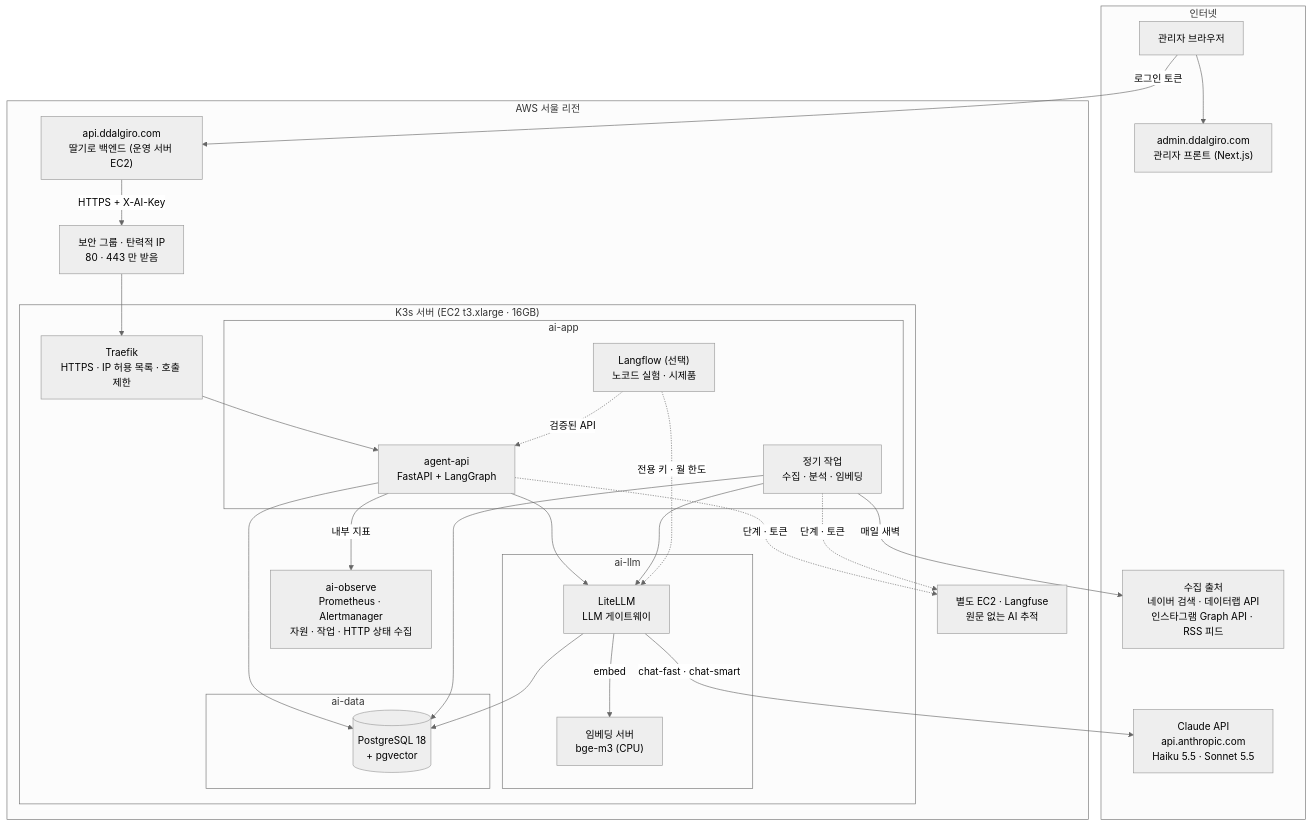
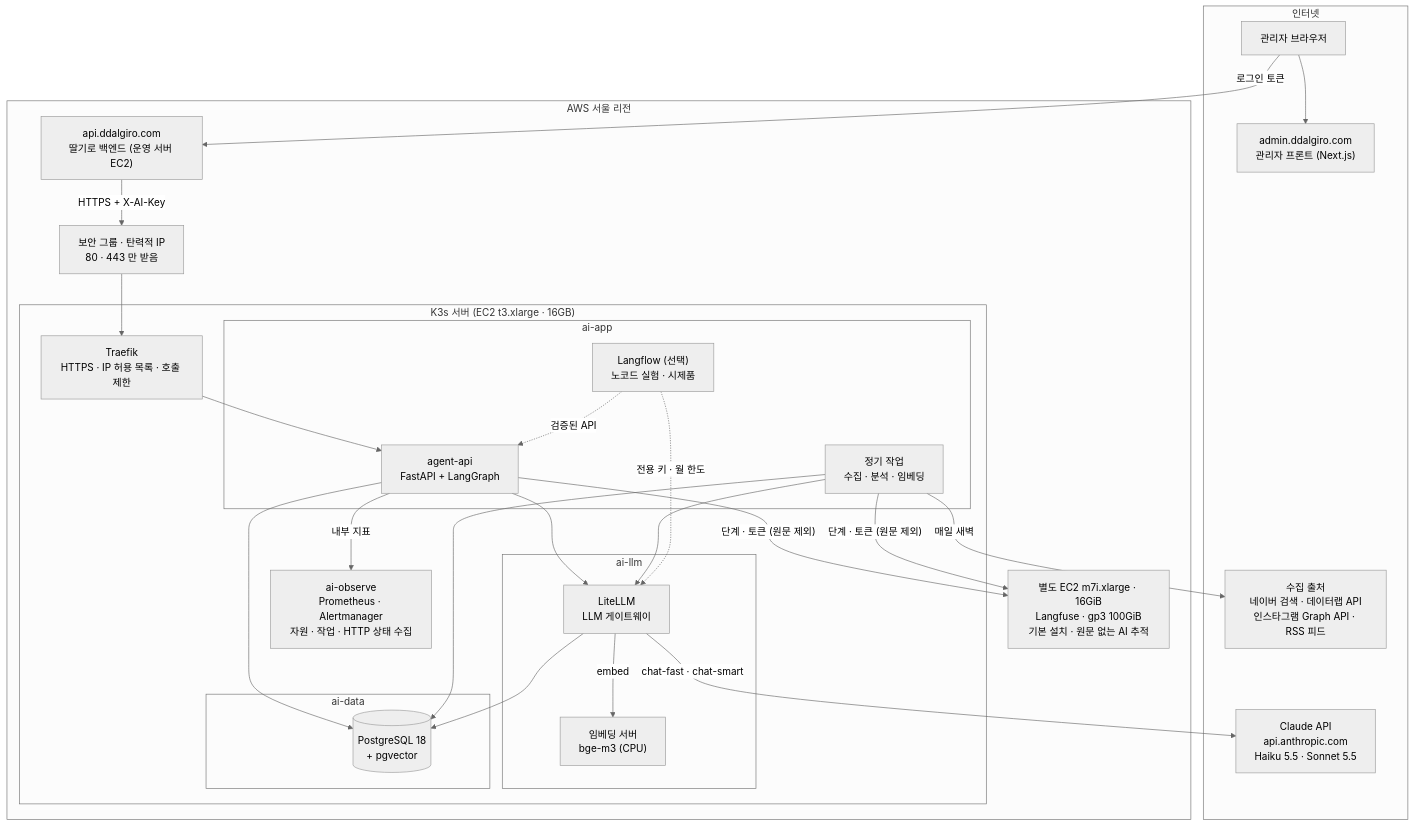
Before and after one commit to hsw4606/ddalgiro-ai-agent: the diagram in docs/00-개요/01-전체-구성-한눈에-보기.md, drawn with Mermaid (neutral theme). The commit also changed other lines of this file and 8 other files, not shown here.

````diff
--- a/docs/00-개요/01-전체-구성-한눈에-보기.md
+++ b/docs/00-개요/01-전체-구성-한눈에-보기.md
@@ -41,48 +42,48 @@
 ```mermaid
 flowchart TB
     subgraph NET["인터넷"]
         BR["관리자 브라우저"]
         ADM["admin.ddalgiro.com<br/>관리자 프론트 (Next.js)"]
         NAVER["수집 출처<br/>네이버 검색 · 데이터랩 API<br/>인스타그램 Graph API · RSS 피드"]
         CLAUDE["Claude API<br/>api.anthropic.com<br/>Haiku 5.5 · Sonnet 5.5"]
     end
 
     subgraph AWS["AWS 서울 리전"]
         API["api.ddalgiro.com<br/>딸기로 백엔드 (운영 서버 EC2)"]
-        TRACE["별도 EC2 · Langfuse<br/>원문 없는 AI 추적"]
+        TRACE["별도 EC2 m7i.xlarge · 16GiB<br/>Langfuse · gp3 100GiB<br/>기본 설치 · 원문 없는 AI 추적"]
         SG["보안 그룹 · 탄력적 IP<br/>80 · 443 만 받음"]
         subgraph K3S["K3s 서버 (EC2 t3.xlarge · 16GB)"]
             TR["Traefik<br/>HTTPS · IP 허용 목록 · 호출 제한"]
             subgraph APP["ai-app"]
                 AG["agent-api<br/>FastAPI + LangGraph"]
                 JOB["정기 작업<br/>수집 · 분석 · 임베딩"]
                 LF["Langflow (선택)<br/>노코드 실험 · 시제품"]
             end
             subgraph LLM["ai-llm"]
                 LL["LiteLLM<br/>LLM 게이트웨이"]
                 TEI["임베딩 서버<br/>bge-m3 (CPU)"]
             end
             OBS["ai-observe<br/>Prometheus · Alertmanager<br/>자원 · 작업 · HTTP 상태 수집"]
             subgraph DATA["ai-data"]
                 PG[("PostgreSQL 18<br/>+ pgvector")]
             end
         end
     end
 
     BR --> ADM
     BR -- "로그인 토큰" --> API
     API -- "HTTPS + X-AI-Key" --> SG --> TR --> AG
-    AG -. "단계 · 토큰" .-> TRACE
-    JOB -. "단계 · 토큰" .-> TRACE
+    AG -- "단계 · 토큰 (원문 제외)" --> TRACE
+    JOB -- "단계 · 토큰 (원문 제외)" --> TRACE
     AG -- "내부 지표" --> OBS
     AG --> LL
     JOB --> LL
     LL -- "chat-fast · chat-smart" --> CLAUDE
     LL -- "embed" --> TEI
     AG --> PG
     JOB --> PG
     LL --> PG
     JOB -- "매일 새벽" --> NAVER
     LF -. "전용 키 · 월 한도" .-> LL
     LF -. "검증된 API" .-> AG
 ```
````
